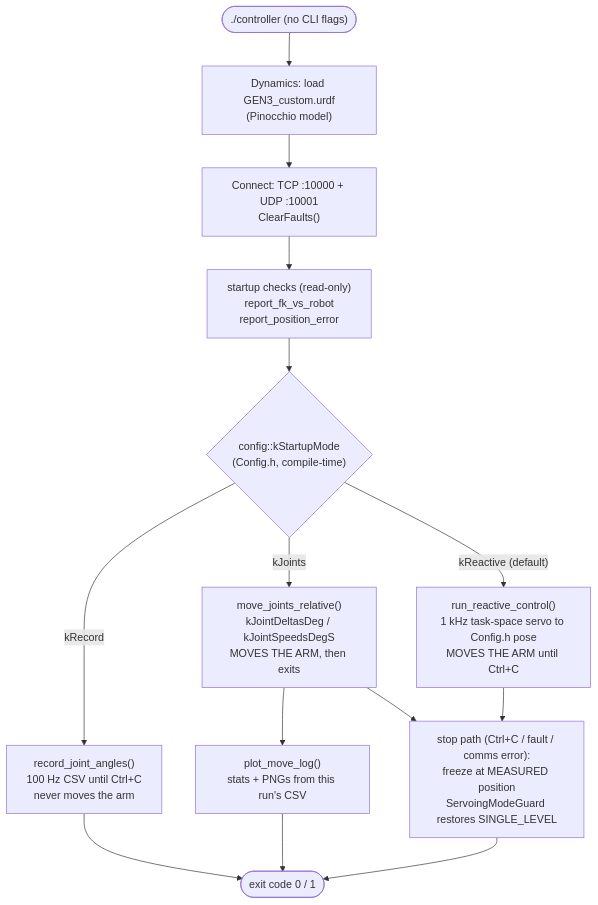
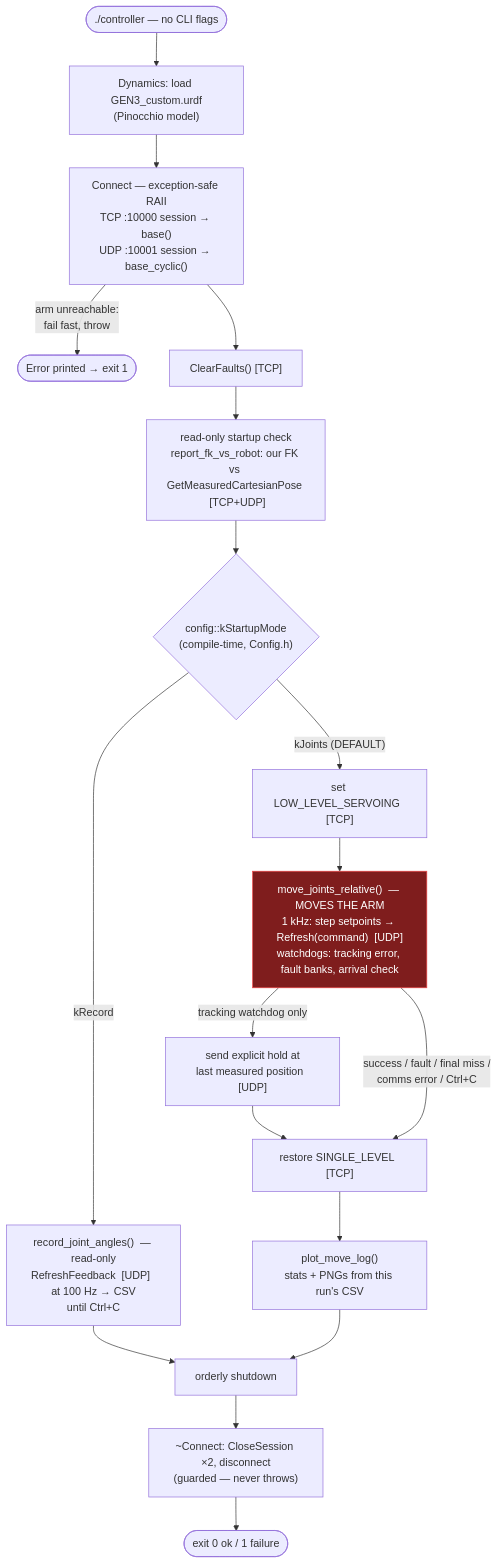
The diagram in Christian_control/docs/CONTROLLER_CODE_MAP.md (fechachris4/HumanSL_MAIN), drawn with Mermaid before and after one commit. The commit also changed other lines of this file and 41 other files, not shown here.

Commit message:
Checkpoint before single-loop refactor: single reader, pure Ramp, manual servoing restore

````diff
--- a/Christian_control/docs/CONTROLLER_CODE_MAP.md
+++ b/Christian_control/docs/CONTROLLER_CODE_MAP.md
@@ -16,16 +33,26 @@
 ```mermaid
 flowchart TD
-    start(["./controller (no CLI flags)"]) --> model["Dynamics: load GEN3_custom.urdf<br/>(Pinocchio model)"]
-    model --> conn["Connect: TCP :10000 + UDP :10001<br/>ClearFaults()"]
-    conn --> checks["startup checks (read-only)<br/>report_fk_vs_robot<br/>report_position_error"]
-    checks --> mode{"config::kStartupMode<br/>(Config.h, compile-time)"}
-    mode -- "kRecord" --> rec["record_joint_angles()<br/>100 Hz CSV until Ctrl+C<br/>never moves the arm"]
-    mode -- "kJoints" --> mv["move_joints_relative()<br/>kJointDeltasDeg / kJointSpeedsDegS<br/>MOVES THE ARM, then exits"]
-    mode -- "kReactive (default)" --> rx["run_reactive_control()<br/>1 kHz task-space servo to Config.h pose<br/>MOVES THE ARM until Ctrl+C"]
-    mv --> plot["plot_move_log()<br/>stats + PNGs from this run's CSV"]
-    rx --> stopped["stop path (Ctrl+C / fault / comms error):<br/>freeze at MEASURED position<br/>ServoingModeGuard restores SINGLE_LEVEL"]
-    mv --> stopped
-    plot --> exit(["exit code 0 / 1"])
-    rec --> exit
-    stopped --> exit
+    start(["./controller — no CLI flags"]) --> model["Dynamics: load GEN3_custom.urdf<br/>(Pinocchio model)"]
+    model --> conn["Connect — exception-safe RAII<br/>TCP :10000 session → base()<br/>UDP :10001 session → base_cyclic()"]
+    conn -- "arm unreachable:<br/>fail fast, throw" --> err(["Error printed → exit 1"])
+    conn --> clear["ClearFaults()  [TCP]"]
+    clear --> checks["read-only startup check<br/>report_fk_vs_robot: our FK vs GetMeasuredCartesianPose  [TCP+UDP]"]
+    checks --> mode{"config::kStartupMode<br/>(compile-time, Config.h)"}
+
+    mode -- "kRecord" --> rec["record_joint_angles()  — read-only<br/>RefreshFeedback  [UDP]  at 100 Hz → CSV<br/>until Ctrl+C"]
+    rec --> done["orderly shutdown"]
+
+    mode -- "kJoints (DEFAULT)" --> mvg["set LOW_LEVEL_SERVOING  [TCP]"]
+    mvg --> mv["move_joints_relative()  — MOVES THE ARM<br/>1 kHz: step setpoints → Refresh(command)  [UDP]<br/>watchdogs: tracking error, fault banks, arrival check"]
+    mv -- "tracking watchdog only" --> hold["send explicit hold at<br/>last measured position  [UDP]"]
+    hold --> restore["restore SINGLE_LEVEL  [TCP]"]
+    mv -- "success / fault / final miss /<br/>comms error / Ctrl+C" --> restore
+    restore --> plot["plot_move_log()<br/>stats + PNGs from this run's CSV"]
+    plot --> done
+
+    done --> teardown["~Connect: CloseSession ×2, disconnect<br/>(guarded — never throws)"]
+    teardown --> exit(["exit 0 ok / 1 failure"])
+
+    classDef moves fill:#7f1d1d,stroke:#ef4444,color:#fff
+    class mv moves
 ```
````
